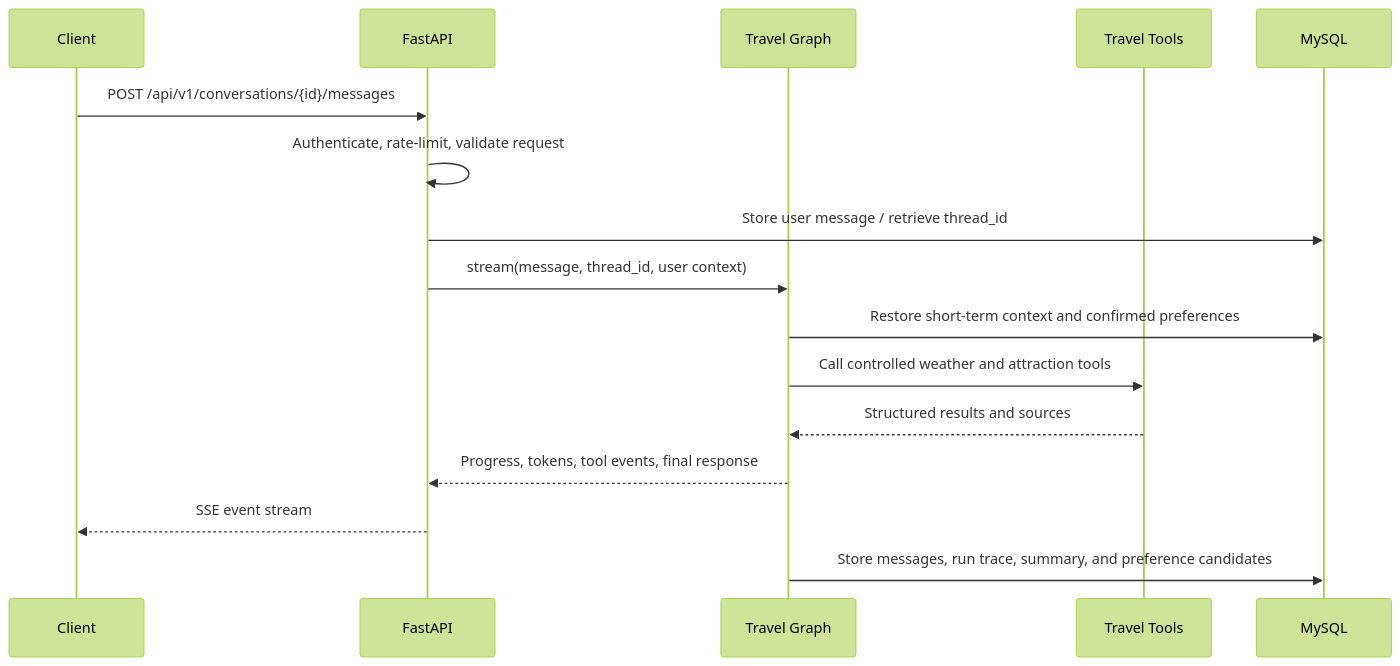
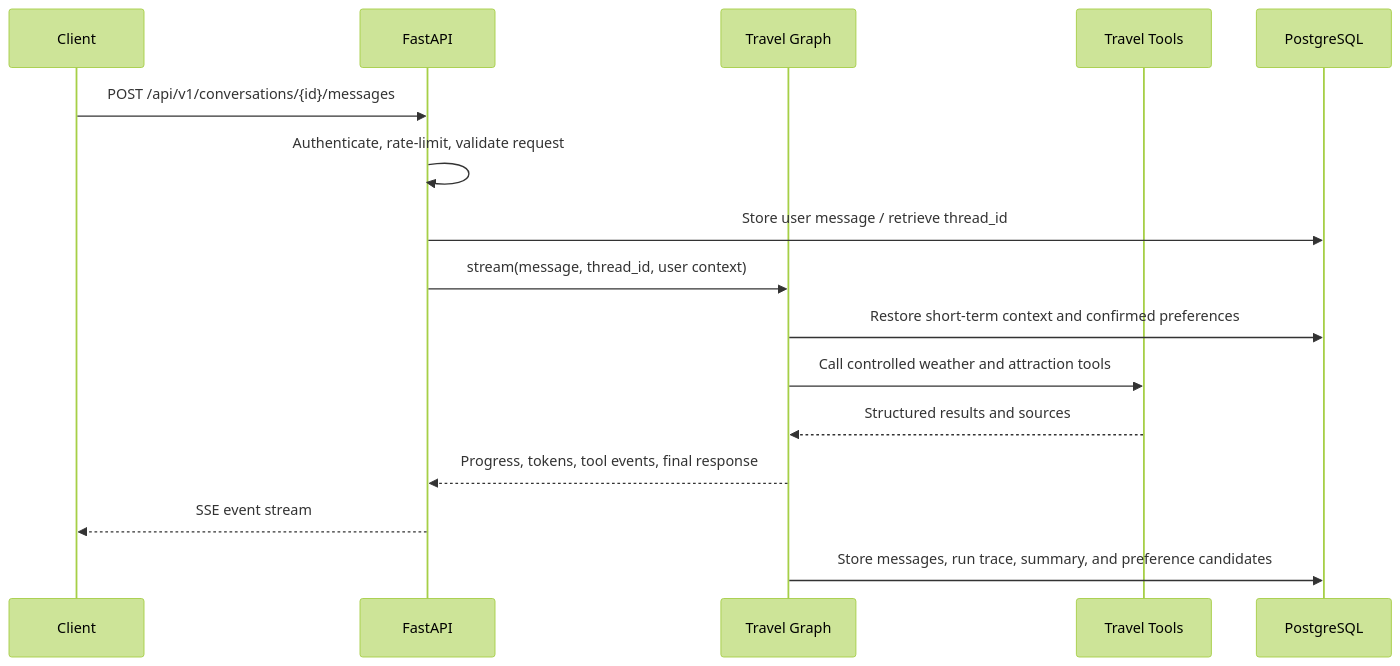
The second of 3 diagrams in docs/architecture-design.md (DOcrazyG/travel_assistant), drawn with Mermaid (forest theme) before and after one commit. The commit also changed other lines of this file and 12 other files, not shown here.

Commit message:
feat: migrate database from MySQL to PostgreSQL

````diff
--- a/docs/architecture-design.md
+++ b/docs/architecture-design.md
@@ -60,19 +60,19 @@
 ```mermaid
 sequenceDiagram
     participant C as Client
     participant A as FastAPI
     participant G as Travel Graph
     participant T as Travel Tools
-    participant D as MySQL
+    participant D as PostgreSQL
 
     C->>A: POST /api/v1/conversations/{id}/messages
     A->>A: Authenticate, rate-limit, validate request
     A->>D: Store user message / retrieve thread_id
     A->>G: stream(message, thread_id, user context)
     G->>D: Restore short-term context and confirmed preferences
     G->>T: Call controlled weather and attraction tools
     T-->>G: Structured results and sources
     G-->>A: Progress, tokens, tool events, final response
     A-->>C: SSE event stream
     G->>D: Store messages, run trace, summary, and preference candidates
 ```
````
